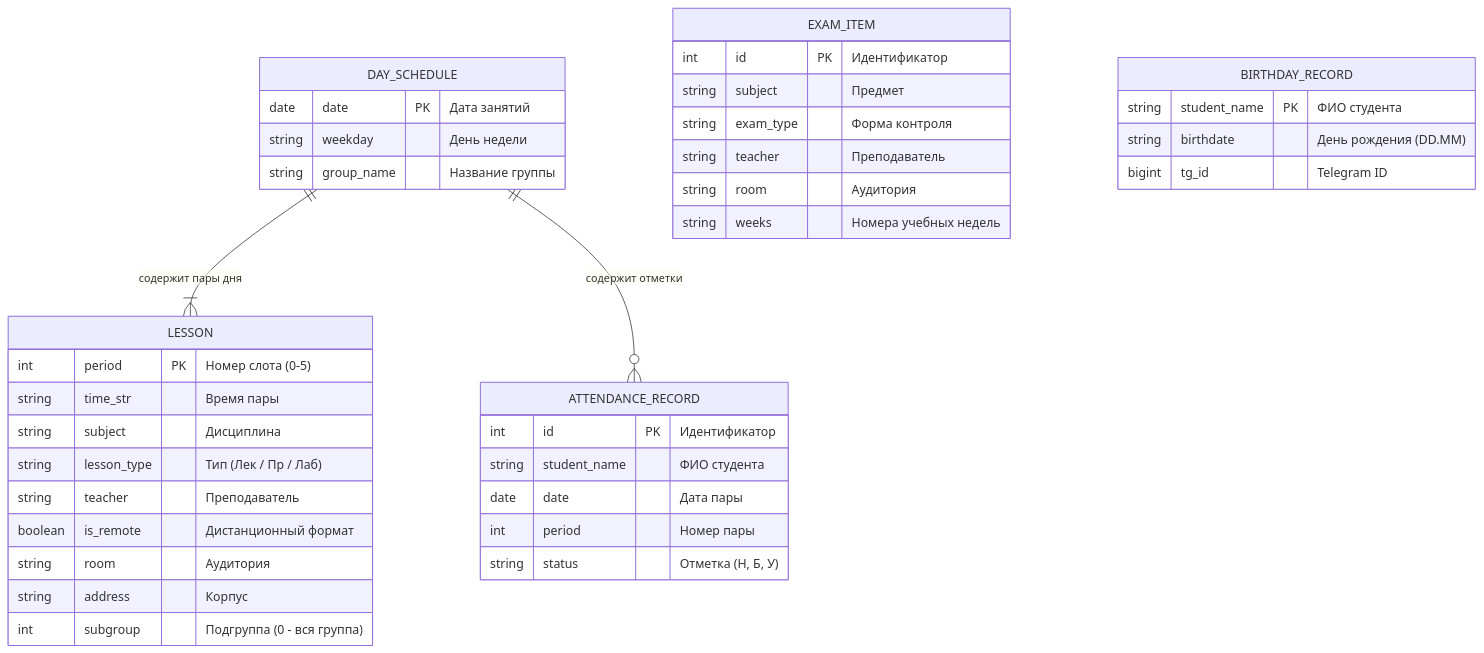
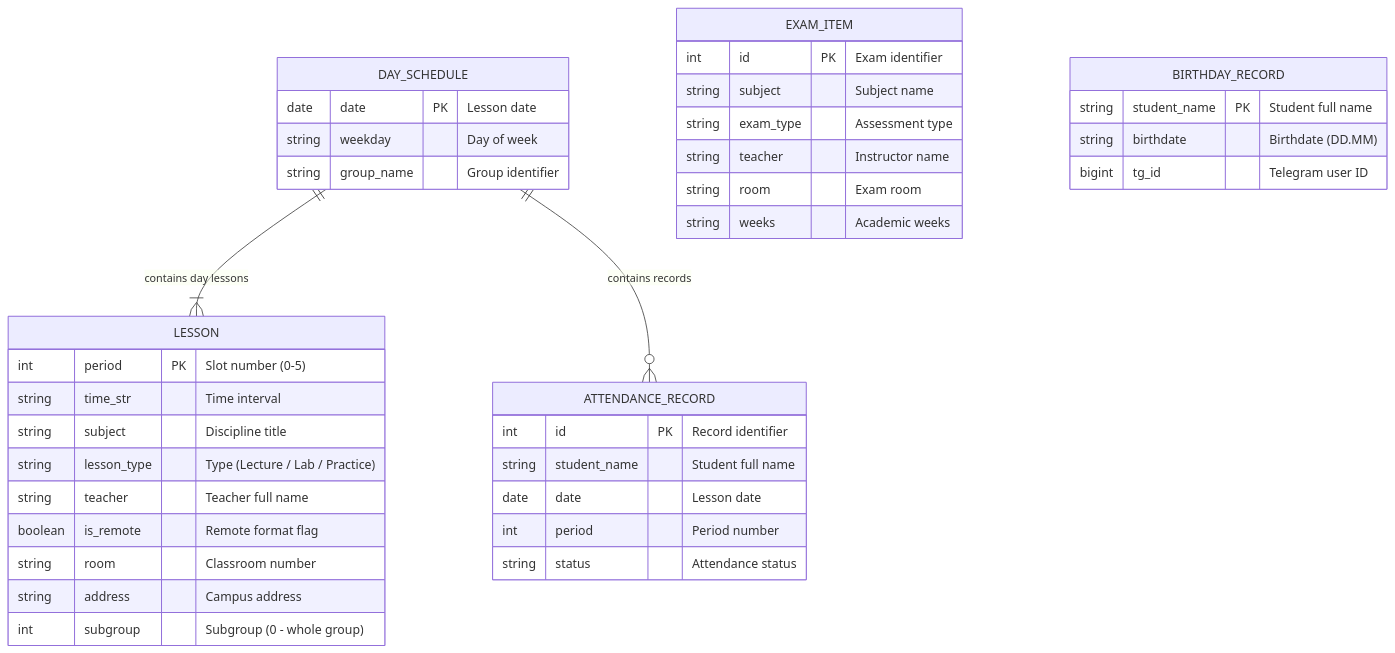
The seventh of 7 diagrams in docs/UML.md (Utkautka1/para), drawn with Mermaid before and after one commit. The commit also changed other lines of this file, not shown here.

Commit message:
docs: перевести UML.md и связи диаграмм на английский язык

````diff
--- a/docs/UML.md
+++ b/docs/UML.md
@@ -467,46 +467,46 @@
 ```mermaid
 erDiagram
-    DAY_SCHEDULE ||--|{ LESSON : "содержит пары дня"
-    DAY_SCHEDULE ||--o{ ATTENDANCE_RECORD : "содержит отметки"
+    DAY_SCHEDULE ||--|{ LESSON : "contains day lessons"
+    DAY_SCHEDULE ||--o{ ATTENDANCE_RECORD : "contains records"
 
     DAY_SCHEDULE {
-        date date PK "Дата занятий"
-        string weekday "День недели"
-        string group_name "Название группы"
+        date date PK "Lesson date"
+        string weekday "Day of week"
+        string group_name "Group identifier"
     }
 
     LESSON {
-        int period PK "Номер слота (0-5)"
-        string time_str "Время пары"
-        string subject "Дисциплина"
-        string lesson_type "Тип (Лек / Пр / Лаб)"
-        string teacher "Преподаватель"
-        boolean is_remote "Дистанционный формат"
-        string room "Аудитория"
-        string address "Корпус"
-        int subgroup "Подгруппа (0 - вся группа)"
+        int period PK "Slot number (0-5)"
+        string time_str "Time interval"
+        string subject "Discipline title"
+        string lesson_type "Type (Lecture / Lab / Practice)"
+        string teacher "Teacher full name"
+        boolean is_remote "Remote format flag"
+        string room "Classroom number"
+        string address "Campus address"
+        int subgroup "Subgroup (0 - whole group)"
     }
 
     ATTENDANCE_RECORD {
-        int id PK "Идентификатор"
-        string student_name "ФИО студента"
-        date date "Дата пары"
-        int period "Номер пары"
-        string status "Отметка (Н, Б, У)"
+        int id PK "Record identifier"
+        string student_name "Student full name"
+        date date "Lesson date"
+        int period "Period number"
+        string status "Attendance status"
     }
 
     EXAM_ITEM {
-        int id PK "Идентификатор"
-        string subject "Предмет"
-        string exam_type "Форма контроля"
-        string teacher "Преподаватель"
-        string room "Аудитория"
-        string weeks "Номера учебных недель"
+        int id PK "Exam identifier"
+        string subject "Subject name"
+        string exam_type "Assessment type"
+        string teacher "Instructor name"
+        string room "Exam room"
+        string weeks "Academic weeks"
     }
 
     BIRTHDAY_RECORD {
-        string student_name PK "ФИО студента"
-        string birthdate "День рождения (DD.MM)"
-        bigint tg_id "Telegram ID"
+        string student_name PK "Student full name"
+        string birthdate "Birthdate (DD.MM)"
+        bigint tg_id "Telegram user ID"
     }
 ```
````
